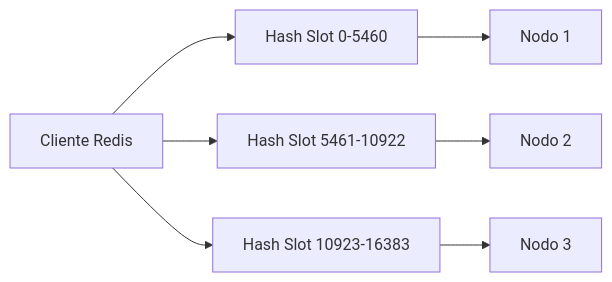
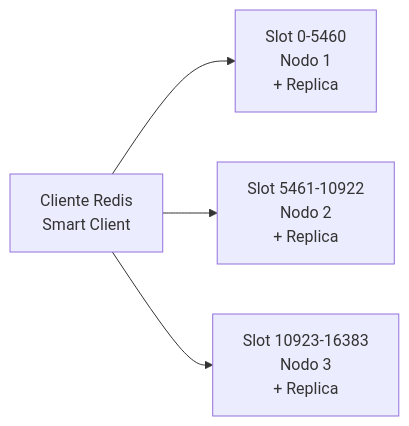
Before and after one commit to Leito2/Learning: the second of 2 diagrams in SW-ML-AI Engineering/06 - Cloud, Infra y Backend/25 - Bases de Datos y Message Queues/03 - Redis y Caching.md, drawn with Mermaid. The commit also changed other lines of this file and 1 other file, not shown here.

First line of the commit message:
feat: deepen Redis note + add deep format spec to Continuity Prompt

````diff
--- a/SW-ML-AI Engineering/06 - Cloud, Infra y Backend/25 - Bases de Datos y Message Queues/03 - Redis y Caching.md
+++ b/SW-ML-AI Engineering/06 - Cloud, Infra y Backend/25 - Bases de Datos y Message Queues/03 - Redis y Caching.md
@@ -178,9 +318,6 @@
 ```mermaid
 graph LR
-    A[Cliente Redis] --> B[Hash Slot 0-5460]
-    A --> C[Hash Slot 5461-10922]
-    A --> D[Hash Slot 10923-16383]
-    B --> E[Nodo 1]
-    C --> F[Nodo 2]
-    D --> G[Nodo 3]
+    A[Cliente Redis<br/>Smart Client] --> B[Slot 0-5460<br/>Nodo 1<br/>+ Replica]
+    A --> C[Slot 5461-10922<br/>Nodo 2<br/>+ Replica]
+    A --> D[Slot 10923-16383<br/>Nodo 3<br/>+ Replica]
 ```
````
